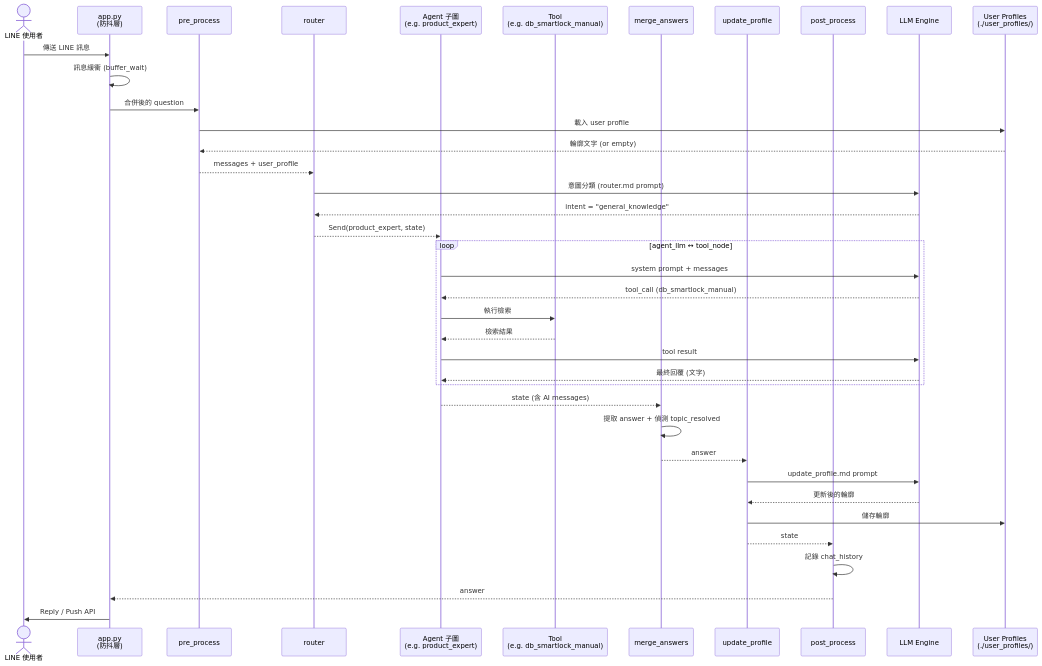
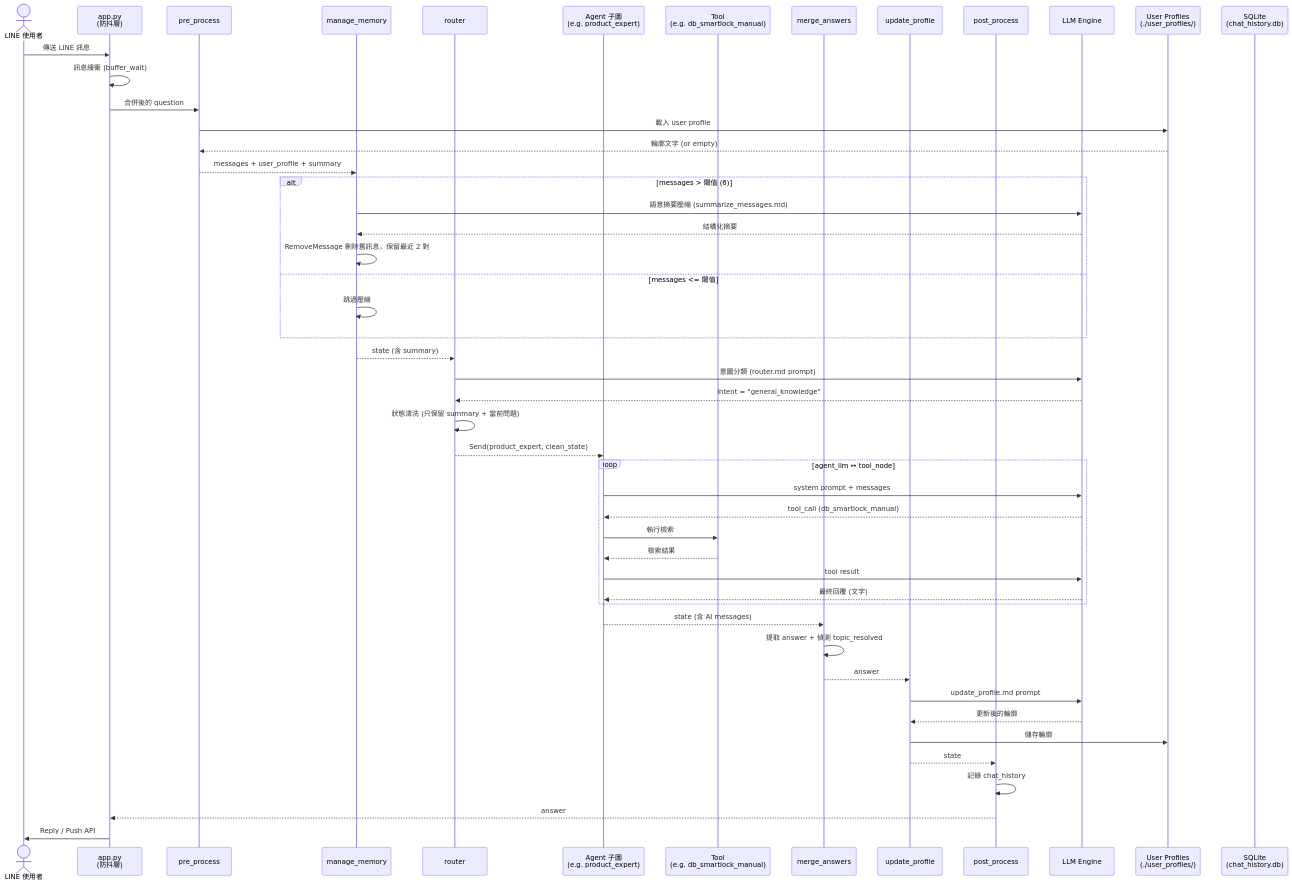
One commit to Imding1211/lock_AI_Agent changed the second of 4 diagrams in docs/系統架構與流程圖.md. Above: the diagram before and after it, drawn with Mermaid. The commit also changed other lines of this file and 19 other files, not shown here.

First line of the commit message:
feat: 語意記憶壓縮 + SQLite 持久化 + Send() 狀態清洗 + 架構圖/文件全面更新

````diff
--- a/docs/系統架構與流程圖.md
+++ b/docs/系統架構與流程圖.md
@@ -143,48 +145,60 @@
 ```mermaid
 sequenceDiagram
     actor User as LINE 使用者
     participant App as app.py<br/>(防抖層)
     participant PP as pre_process
+    participant MM as manage_memory
     participant RT as router
     participant Agent as Agent 子圖<br/>(e.g. product_expert)
     participant Tool as Tool<br/>(e.g. db_smartlock_manual)
     participant MA as merge_answers
     participant UP as update_profile
     participant Post as post_process
     participant LLM as LLM Engine
     participant Profile as User Profiles<br/>(./user_profiles/)
+    participant SQLite as SQLite<br/>(chat_history.db)
 
     User->>App: 傳送 LINE 訊息
     App->>App: 訊息緩衝 (buffer_wait)
     App->>PP: 合併後的 question
 
     PP->>Profile: 載入 user profile
     Profile-->>PP: 輪廓文字 (or empty)
-    PP-->>RT: messages + user_profile
+    PP-->>MM: messages + user_profile + summary
+
+    alt messages > 閾值 (6)
+        MM->>LLM: 語意摘要壓縮 (summarize_messages.md)
+        LLM-->>MM: 結構化摘要
+        MM->>MM: RemoveMessage 刪除舊訊息，保留最近 2 對
+    else messages <= 閾值
+        MM->>MM: 跳過壓縮
+    end
+    MM-->>RT: state (含 summary)
 
     RT->>LLM: 意圖分類 (router.md prompt)
     LLM-->>RT: intent = "general_knowledge"
-    RT-->>Agent: Send(product_expert, state)
+    RT->>RT: 狀態清洗 (只保留 summary + 當前問題)
+    RT-->>Agent: Send(product_expert, clean_state)
 
     loop agent_llm ↔ tool_node
         Agent->>LLM: system prompt + messages
         LLM-->>Agent: tool_call (db_smartlock_manual)
         Agent->>Tool: 執行檢索
         Tool-->>Agent: 檢索結果
         Agent->>LLM: tool result
         LLM-->>Agent: 最終回覆 (文字)
     end
 
     Agent-->>MA: state (含 AI messages)
     MA->>MA: 提取 answer + 偵測 topic_resolved
 
     MA-->>UP: answer
     UP->>LLM: update_profile.md prompt
     LLM-->>UP: 更新後的輪廓
     UP->>Profile: 儲存輪廓
 
     UP-->>Post: state
     Post->>Post: 記錄 chat_history
     Post-->>App: answer
     App->>User: Reply / Push API
 ```
````
